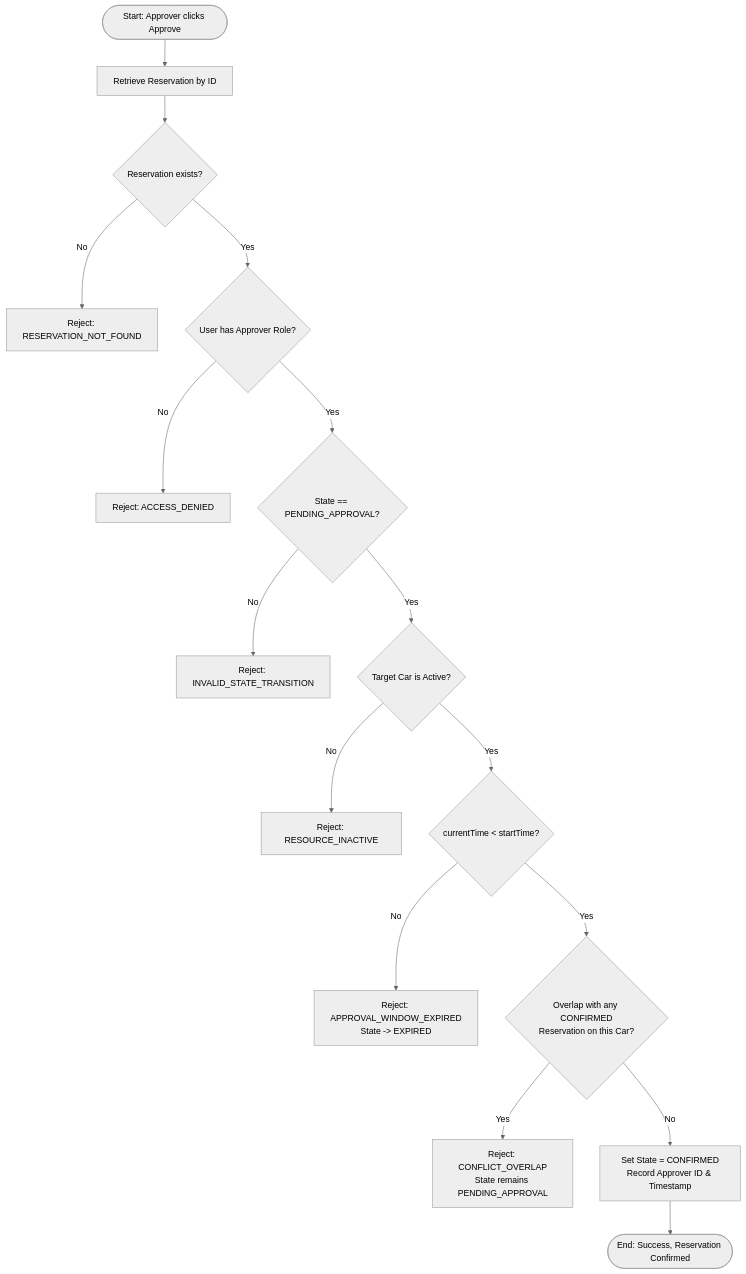
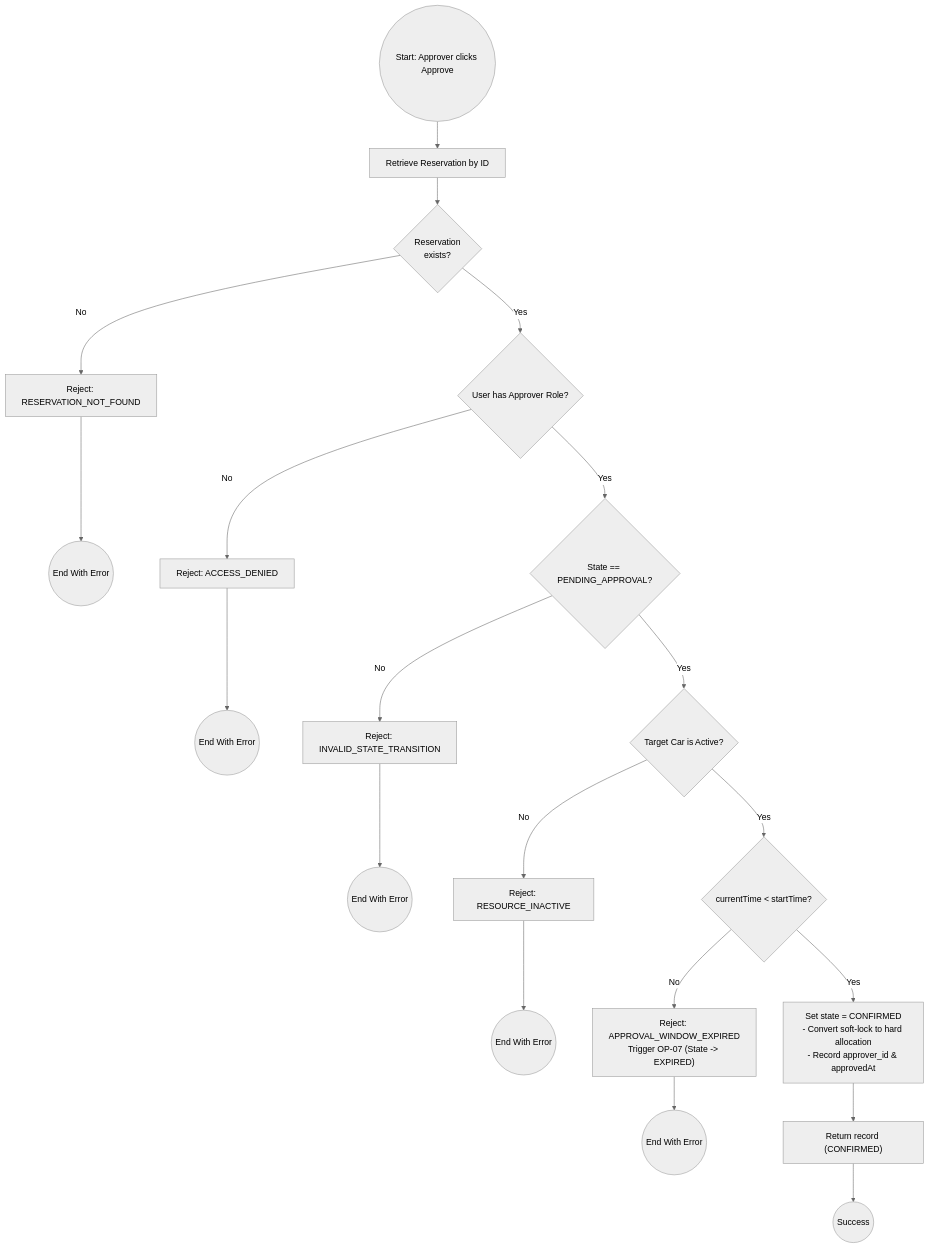
Before and after one commit to Zephy-X/AutaRepo: the diagram in docs/specification/operations/05-approve-reservation/OP-05-approve-reservation.mmd, drawn with Mermaid (neutral theme). The commit also changed 57 other files, not shown here.

```diff
--- a/docs/specification/operations/05-approve-reservation/OP-05-approve-reservation.mmd
+++ b/docs/specification/operations/05-approve-reservation/OP-05-approve-reservation.mmd
@@ -1,16 +1,25 @@
 flowchart TD
-    A([Start: Approver clicks Approve]) --> B[Retrieve Reservation by ID]
-    B --> C{Reservation exists?}
-    C -- No --> E1[Reject: RESERVATION_NOT_FOUND]
-    C -- Yes --> D{User has Approver Role?}
-    D -- No --> E2[Reject: ACCESS_DENIED]
-    D -- Yes --> E{State == PENDING_APPROVAL?}
-    E -- No --> E3[Reject: INVALID_STATE_TRANSITION]
-    E -- Yes --> F{Target Car is Active?}
-    F -- No --> E4[Reject: RESOURCE_INACTIVE]
-    F -- Yes --> G{currentTime < startTime?}
-    G -- No --> E5[Reject: APPROVAL_WINDOW_EXPIRED<br/>State -> EXPIRED]
-    G -- Yes --> H{Overlap with any CONFIRMED<br/>Reservation on this Car?}
-    H -- Yes --> E6[Reject: CONFLICT_OVERLAP<br/>State remains PENDING_APPROVAL]
-    H -- No --> I[Set State = CONFIRMED<br/>Record Approver ID & Timestamp]
-    I --> J([End: Success, Reservation Confirmed])
+    startNode((Start: Approver clicks Approve)) --> Retrieve["Retrieve Reservation by ID"]
+    Retrieve --> CheckExists{"Reservation<br>exists?"}
+    CheckExists -- No --> ErrNotFound["Reject: RESERVATION_NOT_FOUND"]
+    ErrNotFound --> endErr1((End With Error))
+
+    CheckExists -- Yes --> CheckRole{"User has Approver Role?"}
+    CheckRole -- No --> ErrAccess["Reject: ACCESS_DENIED"]
+    ErrAccess --> endErr2((End With Error))
+
+    CheckRole -- Yes --> CheckState{"State == PENDING_APPROVAL?"}
+    CheckState -- No --> ErrState["Reject: INVALID_STATE_TRANSITION"]
+    ErrState --> endErr3((End With Error))
+
+    CheckState -- Yes --> CheckActive{"Target Car is Active?"}
+    CheckActive -- No --> ErrInactive["Reject: RESOURCE_INACTIVE"]
+    ErrInactive --> endErr4((End With Error))
+
+    CheckActive -- Yes --> CheckTime{"currentTime < startTime?"}
+    CheckTime -- No --> ErrExpired["Reject: APPROVAL_WINDOW_EXPIRED<br>Trigger OP-07 (State -> EXPIRED)"]
+    ErrExpired --> endErr5((End With Error))
+
+    CheckTime -- Yes --> PromoteState["Set state = CONFIRMED<br>- Convert soft-lock to hard allocation<br>- Record approver_id & approvedAt"]
+    PromoteState --> ReturnSuccess["Return record (CONFIRMED)"]
+    ReturnSuccess --> endSuccess((Success))
```
